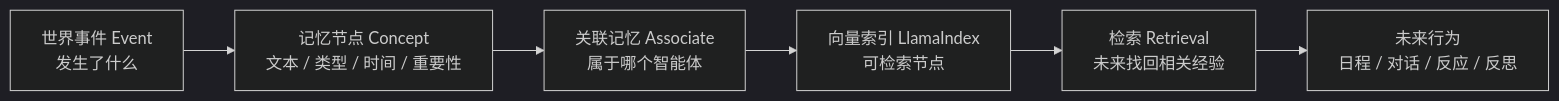
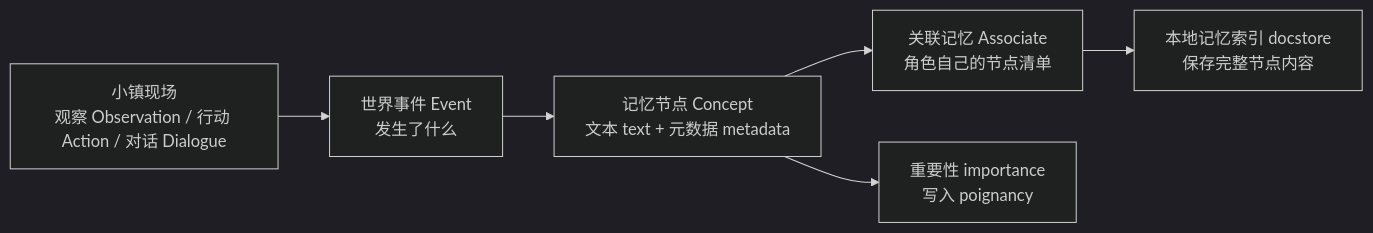
Before and after one commit to tbkken/GenerativeAgentsCN: the diagram in docs/book/manuscript/part_01/chapter_05.md, drawn with Mermaid (dark theme). The commit also changed other lines of this file and 78 other files, not shown here.

````diff
--- a/docs/book/manuscript/part_01/chapter_05.md
+++ b/docs/book/manuscript/part_01/chapter_05.md
@@ -113,8 +59,8 @@
 ```mermaid
 flowchart LR
-    Event["世界事件 Event<br/>发生了什么"] --> Concept["记忆节点 Concept<br/>文本 / 类型 / 时间 / 重要性"]
-    Concept --> Associate["关联记忆 Associate<br/>属于哪个智能体"]
-    Associate --> Index["向量索引 LlamaIndex<br/>可检索节点"]
-    Index --> Retrieval["检索 Retrieval<br/>未来找回相关经验"]
-    Retrieval --> Behavior["未来行为<br/>日程 / 对话 / 反应 / 反思"]
+    Scene["小镇现场<br/>观察 Observation / 行动 Action / 对话 Dialogue"] --> Event["世界事件 Event<br/>发生了什么"]
+    Event --> Concept["记忆节点 Concept<br/>文本 text + 元数据 metadata"]
+    Concept --> Associate["关联记忆 Associate<br/>角色自己的节点清单"]
+    Associate --> Docstore["本地记忆索引 docstore<br/>保存完整节点内容"]
+    Concept --> Importance["重要性 importance<br/>写入 poignancy"]
 ```
````
